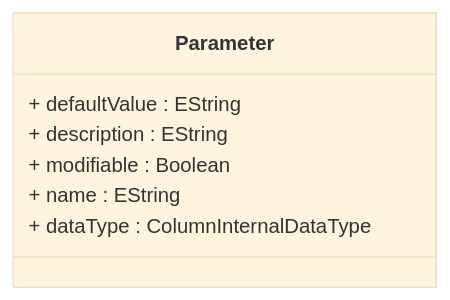
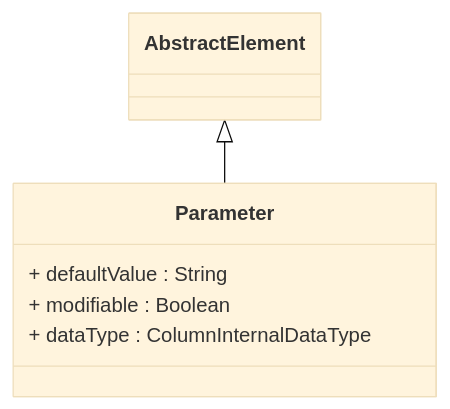
Before and after one commit to eclipse-daanse/eclipse-daanse.github.io: the diagram in docs/cubeserver/model/class-Parameter.md, drawn with Mermaid (base theme). The commit also changed other lines of this file and 138 other files, not shown here.

````diff
--- a/docs/cubeserver/model/class-Parameter.md
+++ b/docs/cubeserver/model/class-Parameter.md
@@ -106,13 +88,11 @@
 ```mermaid
 classDiagram
   class Parameter {
-    + defaultValue : EString
-    + description : EString
+    + defaultValue : String
     + modifiable : Boolean
-    + name : EString
     + dataType : ColumnInternalDataType
   }
 
-
+  AbstractElement <|-- Parameter
 
 ```
````
